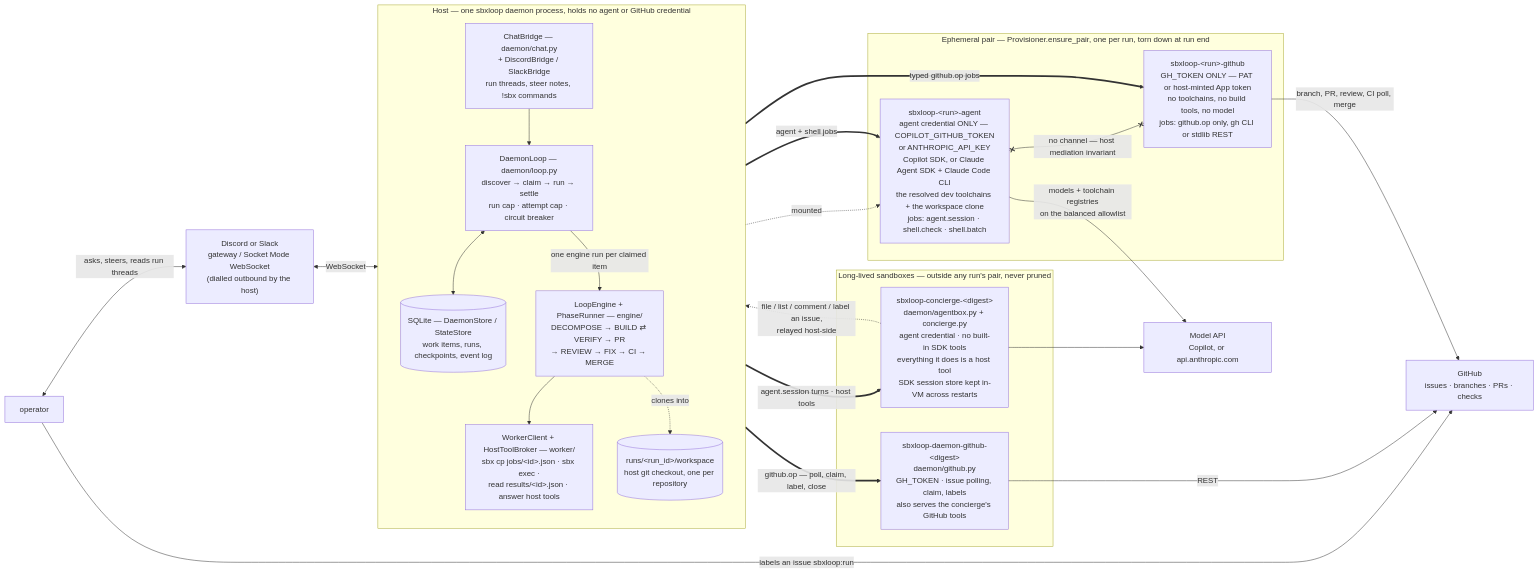
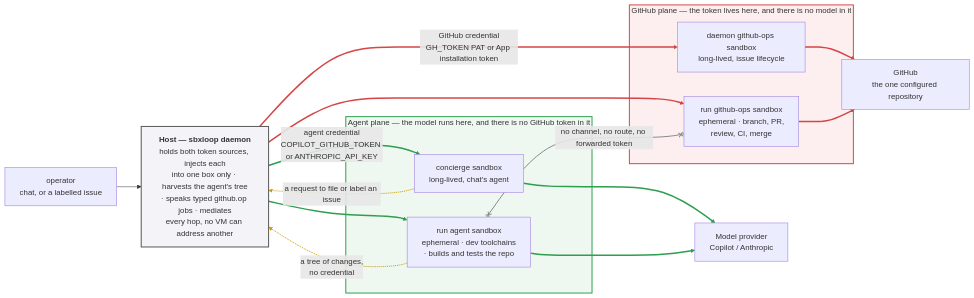
One commit to brettbergin/sbxloop changed the diagram in docs/architecture.md. Above: the diagram before and after it, drawn with Mermaid. The commit also changed other lines of this file, not shown here.

Commit message:
Draw the credential split instead of the component map
The system map named every module, which is the wrong altitude for the
one property a reader most needs from this document: which credential is
where, and what stands between the two.

Replaces it with a two-plane diagram — the agent credential and its model
traffic on one side, the GitHub credential and its repository traffic on
the other, the host between them as the only thing that touches both and
the only path from one to the other. The three claims worth taking away
are stated under it: the agent side has no route to the repository, the
GitHub side runs named ops and no model, and the absence of a direct
channel is what makes the split a control rather than a ceremony.

Claude-Session: https://claude.ai/code/session_01RQFhjgwKfZsZtL7tTkZ3qL

````diff
--- a/docs/architecture.md
+++ b/docs/architecture.md
@@ -47,49 +46,41 @@
 ```mermaid
 flowchart LR
-    human["operator"]
-    gh["GitHub<br/>issues · branches · PRs · checks"]
-    modelapi["Model API<br/>Copilot, or api.anthropic.com"]
-    chat["Discord or Slack<br/>gateway / Socket Mode WebSocket<br/>(dialled outbound by the host)"]
+    operator["operator<br/>chat, or a labelled issue"]
 
-    subgraph host["Host — one sbxloop daemon process, holds no agent or GitHub credential"]
-        direction TB
-        bridge["ChatBridge — daemon/chat.py<br/>+ DiscordBridge / SlackBridge<br/>run threads, steer notes, !sbx commands"]
-        loop["DaemonLoop — daemon/loop.py<br/>discover → claim → run → settle<br/>run cap · attempt cap · circuit breaker"]
-        engine["LoopEngine + PhaseRunner — engine/<br/>DECOMPOSE → BUILD ⇄ VERIFY → PR<br/>→ REVIEW → FIX → CI → MERGE"]
-        store[("SQLite — DaemonStore / StateStore<br/>work items, runs, checkpoints, event log")]
-        wc["WorkerClient + HostToolBroker — worker/<br/>sbx cp jobs/&lt;id&gt;.json · sbx exec ·<br/>read results/&lt;id&gt;.json · answer host tools"]
-        ws[("runs/&lt;run_id&gt;/workspace<br/>host git checkout, one per repository")]
+    host["<b>Host — sbxloop daemon</b><br/>holds both token sources, injects each<br/>into one box only · harvests the agent's tree<br/>· speaks typed github.op jobs · mediates<br/>every hop, no VM can address another"]
+
+    subgraph green["Agent plane — the model runs here, and there is no GitHub token in it"]
+        conc["concierge sandbox<br/>long-lived, chat's agent"]
+        agent["run agent sandbox<br/>ephemeral · dev toolchains<br/>· builds and tests the repo"]
     end
 
-    subgraph durable["Long-lived sandboxes — outside any run's pair, never pruned"]
-        conc["sbxloop-concierge-&lt;digest&gt;<br/>daemon/agentbox.py + concierge.py<br/>agent credential · no built-in SDK tools<br/>everything it does is a host tool<br/>SDK session store kept in-VM across restarts"]
-        dgh["sbxloop-daemon-github-&lt;digest&gt;<br/>daemon/github.py<br/>GH_TOKEN · issue polling, claim, labels<br/>also serves the concierge's GitHub tools"]
+    subgraph red["GitHub plane — the token lives here, and there is no model in it"]
+        dgh["daemon github-ops sandbox<br/>long-lived, issue lifecycle"]
+        ghbox["run github-ops sandbox<br/>ephemeral · branch, PR,<br/>review, CI, merge"]
     end
 
-    subgraph pair["Ephemeral pair — Provisioner.ensure_pair, one per run, torn down at run end"]
-        agent["sbxloop-&lt;run&gt;-agent<br/>agent credential ONLY — COPILOT_GITHUB_TOKEN<br/>or ANTHROPIC_API_KEY<br/>Copilot SDK, or Claude Agent SDK + Claude Code CLI<br/>the resolved dev toolchains + the workspace clone<br/>jobs: agent.session · shell.check · shell.batch"]
-        ghbox["sbxloop-&lt;run&gt;-github<br/>GH_TOKEN ONLY — PAT or host-minted App token<br/>no toolchains, no build tools, no model<br/>jobs: github.op only, gh CLI or stdlib REST"]
-    end
+    model["Model provider<br/>Copilot / Anthropic"]
+    gh["GitHub<br/>the one configured repository"]
 
-    human -->|"labels an issue sbxloop:run"| gh
-    human <-->|"asks, steers, reads run threads"| chat
-    chat <-->|"WebSocket"| bridge
-    bridge --> loop
-    loop <--> store
-    loop -->|"one engine run per claimed item"| engine
-    engine --> wc
-    engine -.->|"clones into"| ws
-    ws -.->|"mounted"| agent
+    operator --> host
+    host ==>|"agent credential<br/>COPILOT_GITHUB_TOKEN or ANTHROPIC_API_KEY"| conc
+    host ==> agent
+    conc ==> model
+    agent ==> model
+    host ==>|"GitHub credential<br/>GH_TOKEN PAT or App installation token"| dgh
+    host ==> ghbox
+    dgh ==> gh
+    ghbox ==> gh
+    agent -.->|"a tree of changes,<br/>no credential"| host
+    conc -.->|"a request to file or label an issue"| host
+    agent x-- "no channel, no route, no forwarded token" --x ghbox
 
-    wc ==>|"agent.session turns · host tools"| conc
-    wc ==>|"github.op — poll, claim, label, close"| dgh
-    wc ==>|"agent + shell jobs"| agent
-    wc ==>|"typed github.op jobs"| ghbox
+    linkStyle 1,2,3,4 stroke:#2e9e4f,stroke-width:3px
+    linkStyle 5,6,7,8 stroke:#d64545,stroke-width:3px
+    linkStyle 9,10 stroke:#c99a00,stroke-width:2px
+    linkStyle 11 stroke:#888,stroke-width:2px
 
-    conc -.->|"file / list / comment / label an issue,<br/>relayed host-side"| wc
-    agent -->|"models + toolchain registries<br/>on the balanced allowlist"| modelapi
-    conc --> modelapi
-    dgh -->|"REST"| gh
-    ghbox -->|"branch, PR, review, CI poll, merge"| gh
-    agent x-- "no channel — host mediation invariant" --x ghbox
+    style green fill:#eef8f1,stroke:#2e9e4f,stroke-width:2px
+    style red fill:#fdefef,stroke:#d64545,stroke-width:2px
+    style host fill:#f4f4f8,stroke:#555,stroke-width:2px
 ```
````
